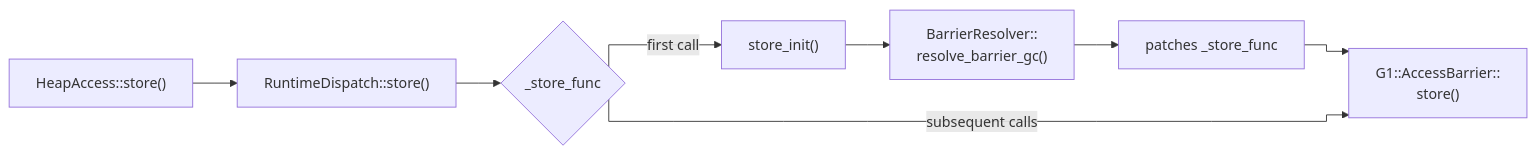
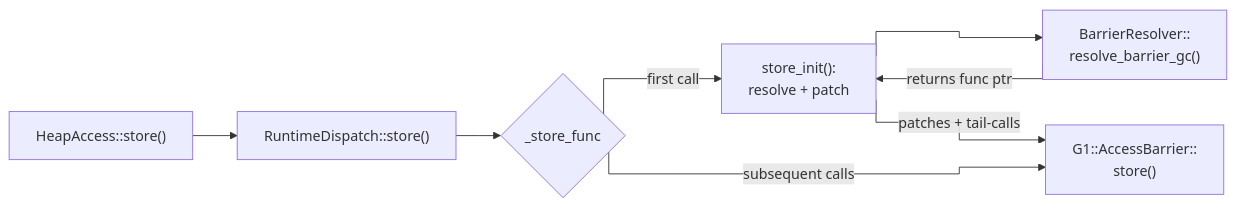
The third of 3 diagrams in _posts/2026-05-12-lazy-resolution-resolve-once-dispatch-forever.md (Shubhankar-Gambhir/Shubhankar-Gambhir.github.io), drawn with Mermaid before and after one commit. The commit also changed other lines of this file, not shown here.

First line of the commit message:
Fix appendix flowchart and add FakeRtti bitset diagram

````diff
--- a/_posts/2026-05-12-lazy-resolution-resolve-once-dispatch-forever.md
+++ b/_posts/2026-05-12-lazy-resolution-resolve-once-dispatch-forever.md
@@ -300,15 +312,15 @@
 ```mermaid
 ---
 config:
   flowchart:
     curve: stepBefore
 ---
 flowchart LR
     A["HeapAccess::store()"] --> B["RuntimeDispatch::store()"]
     B --> C{"_store_func"}
-    C -->|first call| D["store_init()"]
+    C -->|first call| D["store_init():\nresolve + patch"]
     D --> E["BarrierResolver::\nresolve_barrier_gc()"]
-    E --> F["patches _store_func"]
-    F --> G["G1::AccessBarrier::\nstore()"]
+    E -->|returns func ptr| D
+    D -->|patches + tail-calls| G["G1::AccessBarrier::\nstore()"]
     C -->|subsequent calls| G
 ```
````
